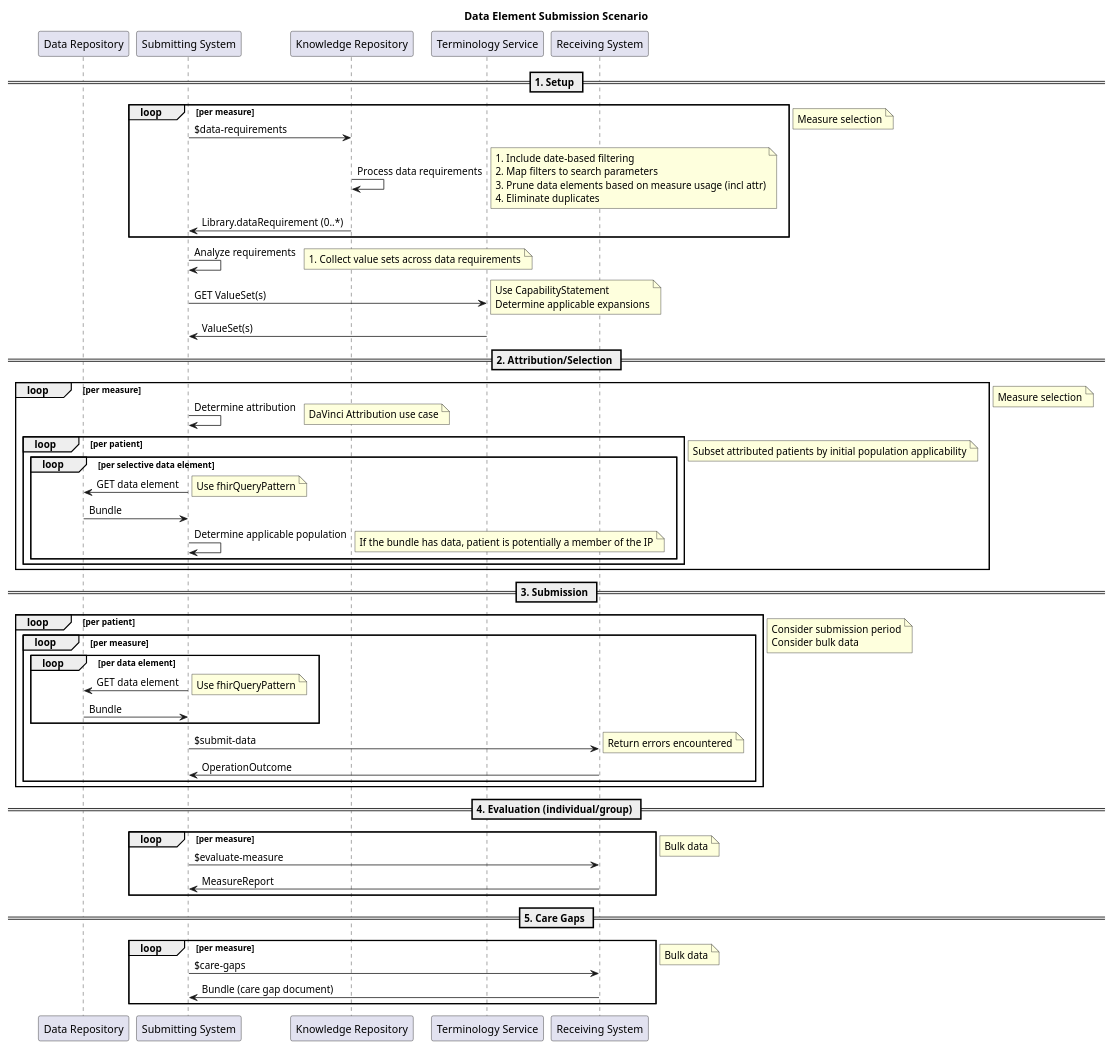
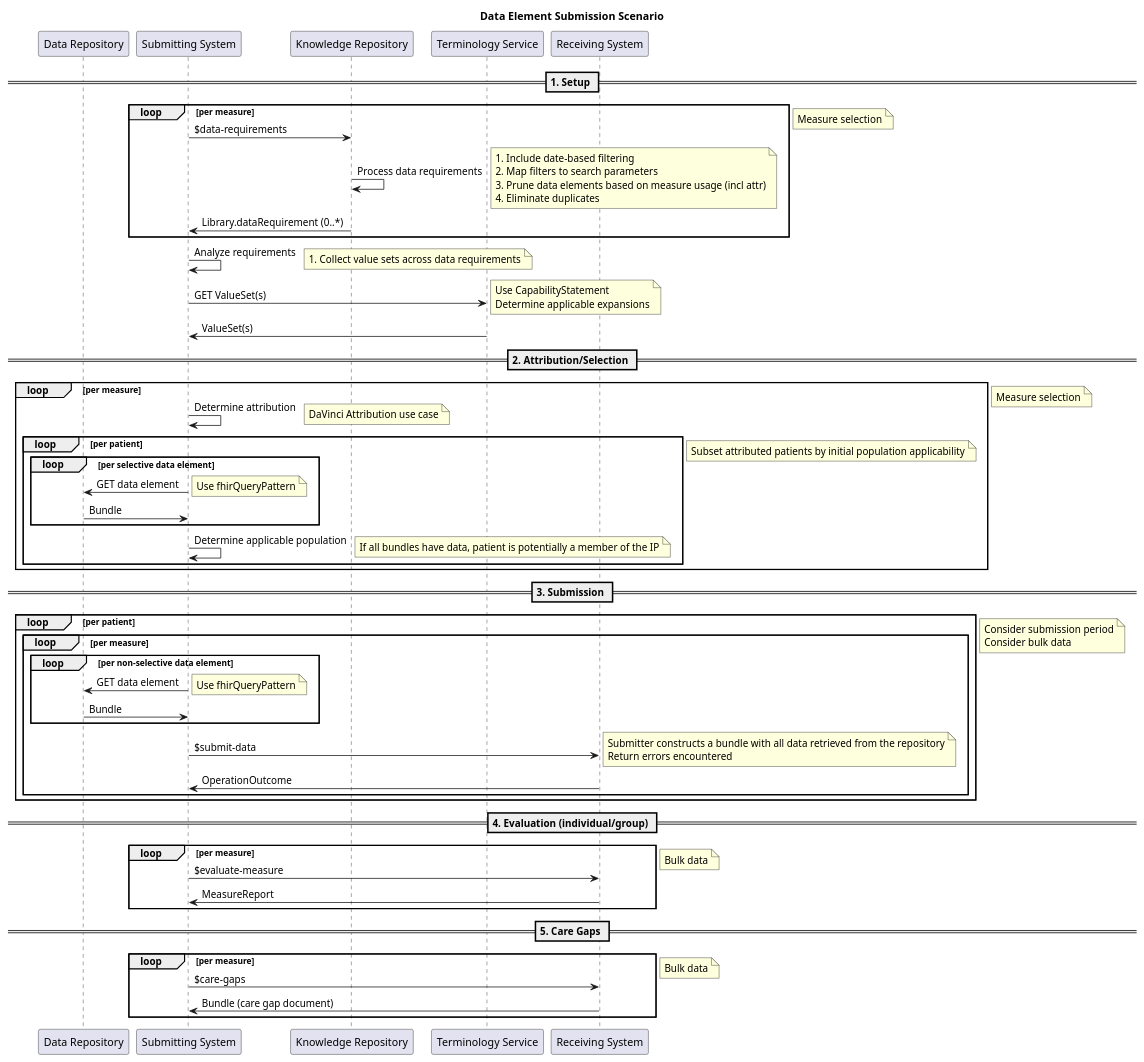
The diagram in archived/diagrams/data-element-submission.puml (HL7/cqf-measures), drawn with PlantUML before and after one commit. The commit also changed 1 other file, not shown here.

Commit message:
Minor changes to the Data Element Submission diagram

```diff
--- a/archived/diagrams/data-element-submission.puml
+++ b/archived/diagrams/data-element-submission.puml
@@ -1,68 +1,68 @@
 @startuml Data_Element_Submission_Scenario
 title Data Element Submission Scenario
 participant "Data Repository" as DR
 participant "Submitting System" as Submitter
 participant "Knowledge Repository" as KR
 participant "Terminology Service" as TS
 participant "Receiving System" as Receiver
 
 == 1. Setup ==
 loop per measure
     Submitter -> KR: $data-requirements
     KR -> KR: Process data requirements
     note right: 1. Include date-based filtering\n2. Map filters to search parameters\n3. Prune data elements based on measure usage (incl attr)\n4. Eliminate duplicates
     KR -> Submitter: Library.dataRequirement (0..*)
 end
 note right: Measure selection
 Submitter -> Submitter: Analyze requirements
 note right: 1. Collect value sets across data requirements
 Submitter -> TS: GET ValueSet(s)
 note right: Use CapabilityStatement\nDetermine applicable expansions
 TS -> Submitter: ValueSet(s)
 
 == 2. Attribution/Selection ==
 loop per measure
     Submitter -> Submitter: Determine attribution
     note right: DaVinci Attribution use case
     loop per patient
         loop per selective data element
             Submitter -> DR: GET data element
             note right: Use fhirQueryPattern
             DR -> Submitter: Bundle
-            Submitter -> Submitter: Determine applicable population
-            note right: If the bundle has data, patient is potentially a member of the IP
         end
+        Submitter -> Submitter: Determine applicable population
+        note right: If all bundles have data, patient is potentially a member of the IP
     end
     note right: Subset attributed patients by initial population applicability
 end
 note right: Measure selection
 
 == 3. Submission ==
 loop per patient
     loop per measure
-        loop per data element
+        loop per non-selective data element
             Submitter -> DR: GET data element
             note right: Use fhirQueryPattern
             DR -> Submitter: Bundle
         end
         Submitter -> Receiver: $submit-data
-        note right: Return errors encountered
+        note right: Submitter constructs a bundle with all data retrieved from the repository\nReturn errors encountered
         Receiver -> Submitter: OperationOutcome
     end
 end
 note right: Consider submission period\nConsider bulk data
 
 == 4. Evaluation (individual/group) ==
 loop per measure
     Submitter -> Receiver: $evaluate-measure
     Receiver -> Submitter: MeasureReport
 end
 note right: Bulk data
 
 == 5. Care Gaps ==
 loop per measure
     Submitter -> Receiver: $care-gaps
     Receiver -> Submitter: Bundle (care gap document)
 end
 note right: Bulk data
 @enduml
```
